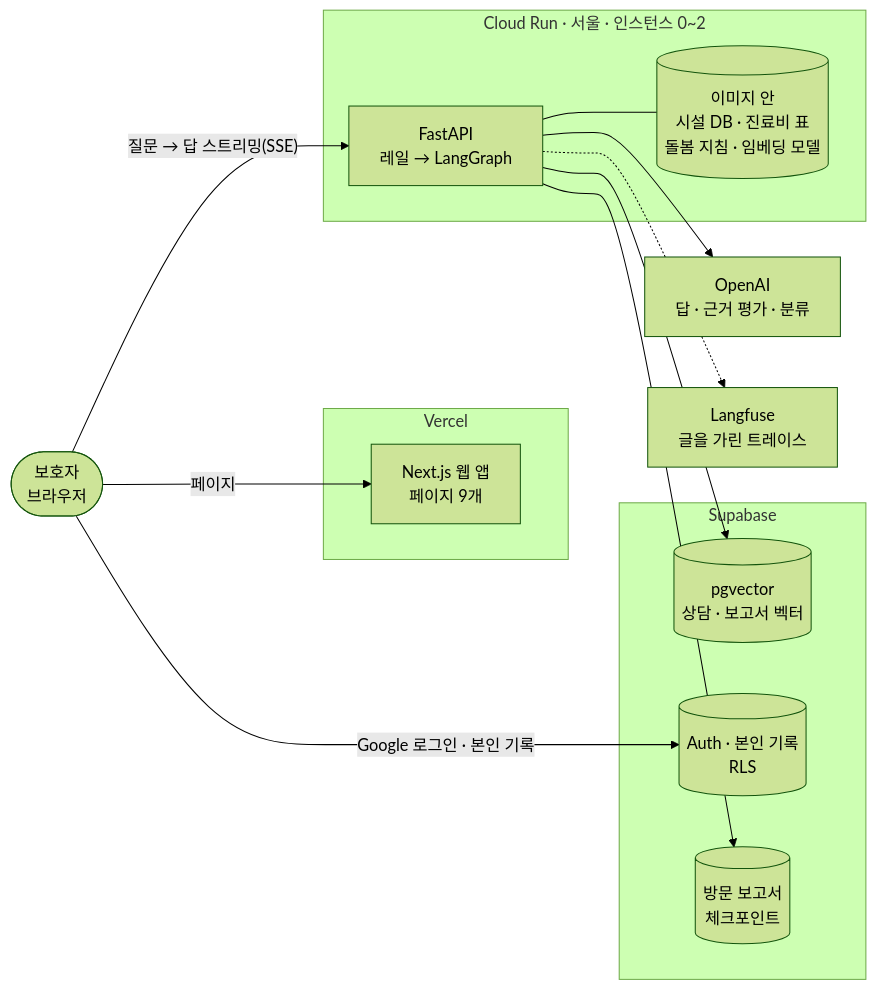
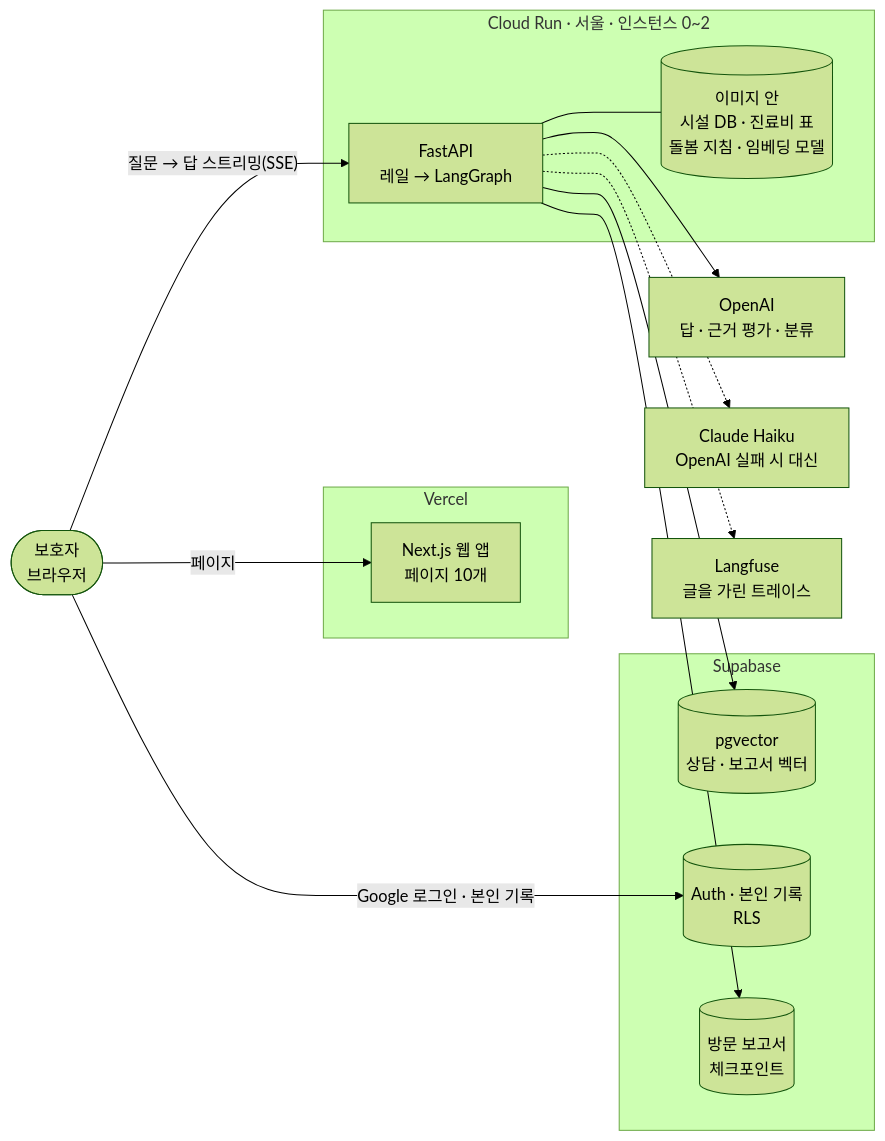
Before and after one commit to rndigkwk/dograg: the first of 3 diagrams in README.md, drawn with Mermaid (forest theme). The commit also changed other lines of this file and 5 other files, not shown here.

````diff
--- a/README.md
+++ b/README.md
@@ -57,26 +58,28 @@
 ```mermaid
 flowchart LR
   U(["보호자<br/>브라우저"])
   subgraph VC["Vercel"]
-    W["Next.js 웹 앱<br/>페이지 9개"]
+    W["Next.js 웹 앱<br/>페이지 10개"]
   end
   subgraph CR["Cloud Run · 서울 · 인스턴스 0~2"]
     A["FastAPI<br/>레일 → LangGraph"]
     D[("이미지 안<br/>시설 DB · 진료비 표<br/>돌봄 지침 · 임베딩 모델")]
   end
   subgraph SB["Supabase"]
     PG[("pgvector<br/>상담 · 보고서 벡터")]
     AU[("Auth · 본인 기록<br/>RLS")]
     VP[("방문 보고서<br/>체크포인트")]
   end
   O["OpenAI<br/>답 · 근거 평가 · 분류"]
+  CL["Claude Haiku<br/>OpenAI 실패 시 대신"]
   L["Langfuse<br/>글을 가린 트레이스"]
   U -->|"페이지"| W
   U -->|"질문 → 답 스트리밍(SSE)"| A
   U -->|"Google 로그인 · 본인 기록"| AU
   A --- D
   A --> PG
   A --> VP
   A --> O
+  A -.-> CL
   A -.-> L
 ```
````
